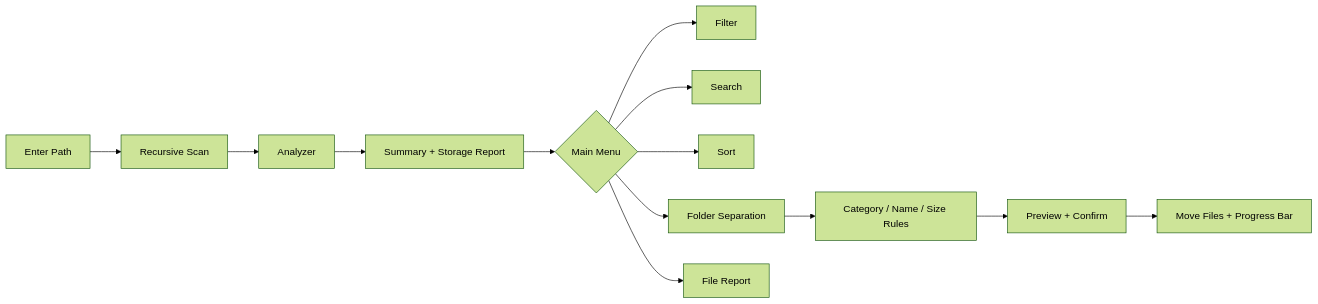
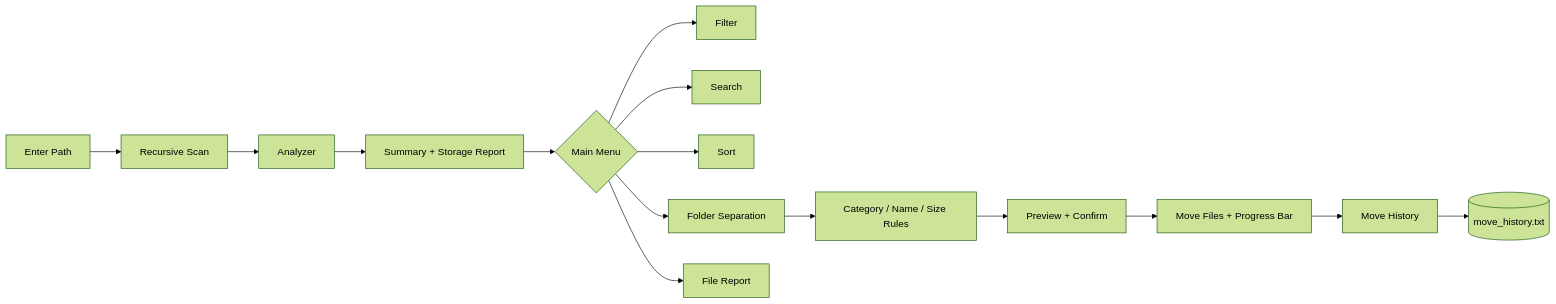
Before and after one commit to Aryangupta-builds/PC-Guardian: the diagram in README.md, drawn with Mermaid (forest theme). The commit also changed other lines of this file, not shown here.

````diff
--- a/README.md
+++ b/README.md
@@ -164,15 +211,17 @@
 ```mermaid
 flowchart LR
     A[Enter Path] --> B[Recursive Scan]
     B --> C[Analyzer]
     C --> D[Summary + Storage Report]
     D --> E{Main Menu}
     E --> F[Filter]
     E --> G[Search]
     E --> H[Sort]
     E --> I[Folder Separation]
     E --> J[File Report]
     I --> K[Category / Name / Size Rules]
     K --> L[Preview + Confirm]
     L --> M[Move Files + Progress Bar]
+    M --> N[Move History]
+    N --> O[(move_history.txt)]
 ```
````
